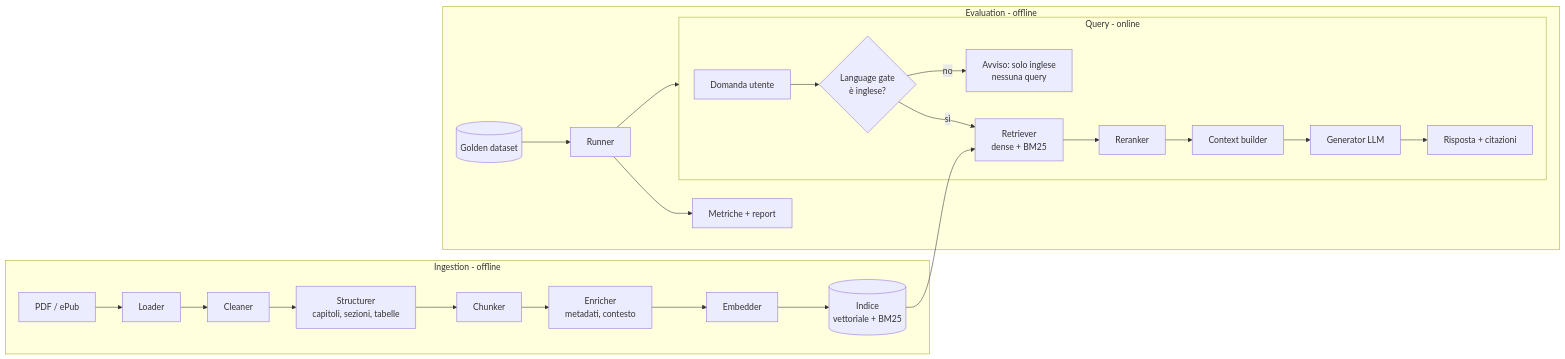
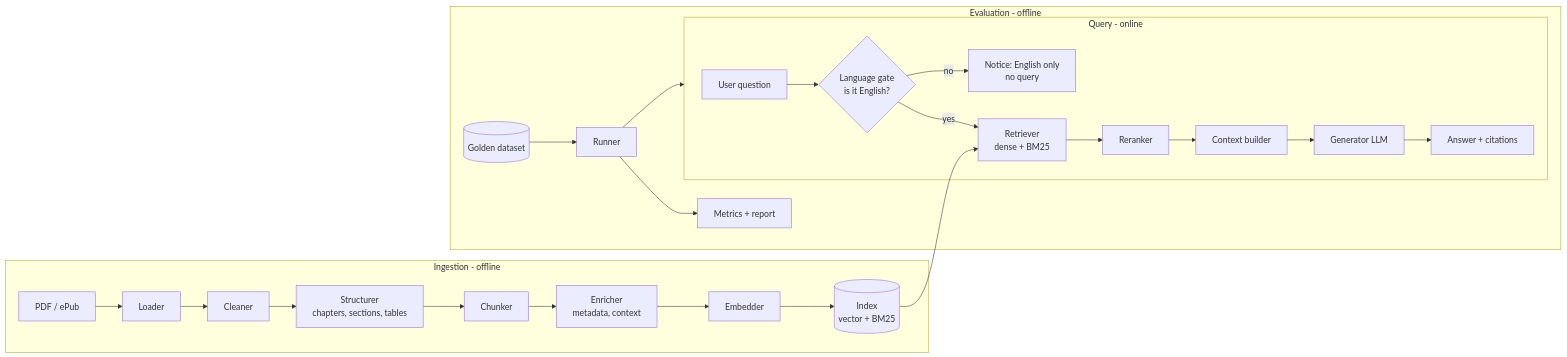
The diagram in docs/architecture.md (Gabri92/Homemade_RAG), drawn with Mermaid before and after one commit. The commit also changed other lines of this file and 6 other files, not shown here.

````diff
--- a/docs/architecture.md
+++ b/docs/architecture.md
@@ -30,29 +30,29 @@
 ```mermaid
 flowchart LR
   subgraph Ingestion [Ingestion - offline]
     A[PDF / ePub] --> B[Loader]
     B --> C[Cleaner]
-    C --> D[Structurer<br/>capitoli, sezioni, tabelle]
+    C --> D[Structurer<br/>chapters, sections, tables]
     D --> E[Chunker]
-    E --> F[Enricher<br/>metadati, contesto]
+    E --> F[Enricher<br/>metadata, context]
     F --> G[Embedder]
-    G --> H[(Indice<br/>vettoriale + BM25)]
+    G --> H[(Index<br/>vector + BM25)]
   end
 
   subgraph Query [Query - online]
-    Q[Domanda utente] --> L{Language gate<br/>è inglese?}
-    L -- no --> N[Avviso: solo inglese<br/>nessuna query]
-    L -- sì --> S[Retriever<br/>dense + BM25]
+    Q[User question] --> L{Language gate<br/>is it English?}
+    L -- no --> N[Notice: English only<br/>no query]
+    L -- yes --> S[Retriever<br/>dense + BM25]
     H --> S
     S --> T[Reranker]
     T --> U[Context builder]
     U --> V[Generator LLM]
-    V --> W[Risposta + citazioni]
+    V --> W[Answer + citations]
   end
 
   subgraph Eval [Evaluation - offline]
     X[(Golden dataset)] --> Y[Runner]
     Y --> Query
-    Y --> Z[Metriche + report]
+    Y --> Z[Metrics + report]
   end
 ```
````
